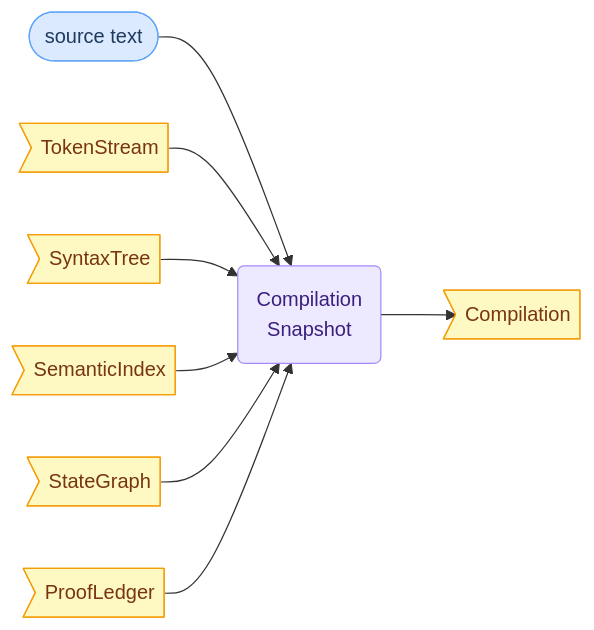
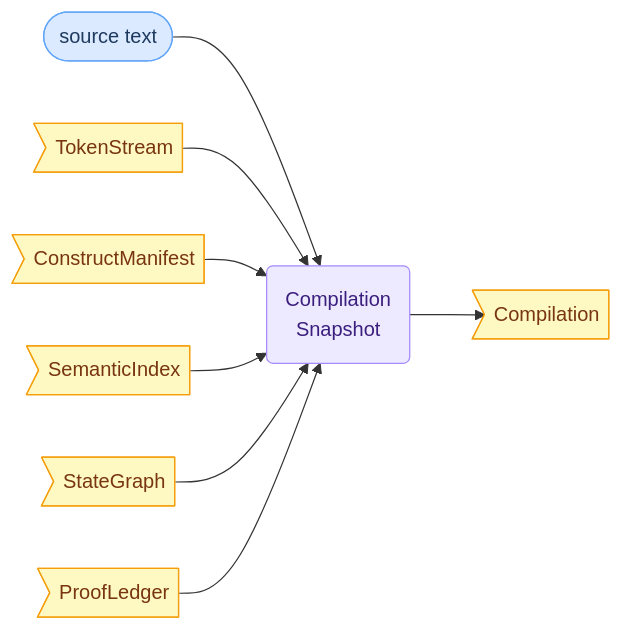
Before and after one commit to sfalik/Precept: the seventh of 10 diagrams in docs/compiler-and-runtime-design.md, drawn with Mermaid. The commit also changed other lines of this file and 6 other files, not shown here.

First line of the commit message:
Rename SyntaxTree -> ConstructManifest

````diff
--- a/docs/compiler-and-runtime-design.md
+++ b/docs/compiler-and-runtime-design.md
@@ -751,23 +748,23 @@
 ```mermaid
 flowchart LR
     classDef input   fill:#dbeafe,stroke:#60a5fa,color:#1e3a5f
     classDef stage   fill:#ede9fe,stroke:#a78bfa,color:#3b1f7e
     classDef out     fill:#fef9c3,stroke:#f59e0b,color:#78350f
 
     SRC([source text]):::input
     TS>"TokenStream"]:::out
-    ST>"SyntaxTree"]:::out
+    ST>"ConstructManifest"]:::out
     TM>"SemanticIndex"]:::out
     GR>"StateGraph"]:::out
     PM>"ProofLedger"]:::out
     SNAP("Compilation<br/>Snapshot"):::stage
     OUT>"Compilation"]:::out
 
     SRC --> SNAP
     TS --> SNAP
     ST --> SNAP
     TM --> SNAP
     GR --> SNAP
     PM --> SNAP
     SNAP --> OUT
 ```
````
